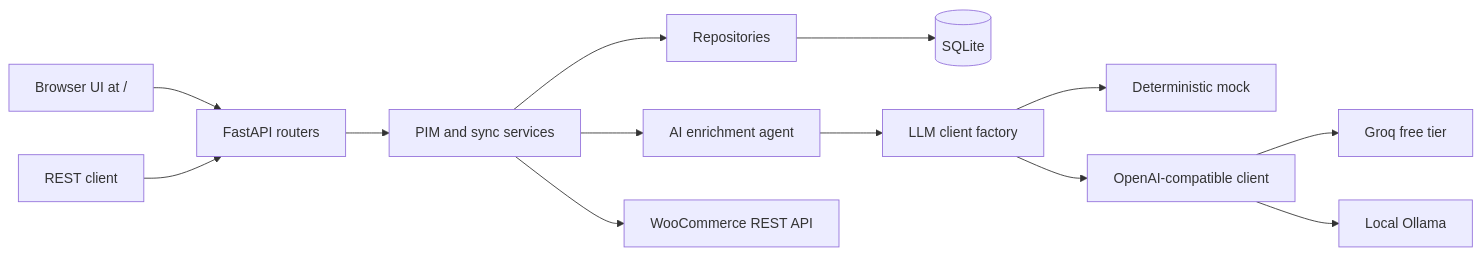
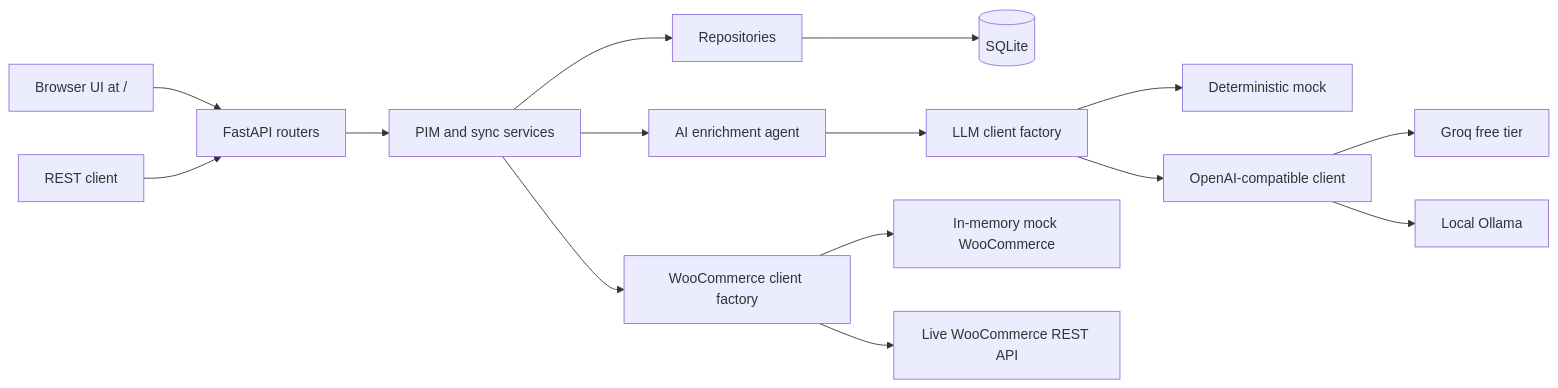
The first of 2 diagrams in README.md (ashwinjmonteiro/woo-pim-ai), drawn with Mermaid before and after one commit. The commit also changed other lines of this file and 14 other files, not shown here.

Commit message:
feat: built-in mock WooCommerce mode

````diff
--- a/README.md
+++ b/README.md
@@ -16,15 +16,17 @@
 ```mermaid
 flowchart LR
     Browser[Browser UI at /] --> API[FastAPI routers]
     Client[REST client] --> API
     API --> Service[PIM and sync services]
     Service --> Repo[Repositories]
     Repo --> DB[(SQLite)]
     Service --> Agent[AI enrichment agent]
     Agent --> Factory[LLM client factory]
     Factory --> Mock[Deterministic mock]
     Factory --> Compatible[OpenAI-compatible client]
     Compatible --> Groq[Groq free tier]
     Compatible --> Ollama[Local Ollama]
-    Service --> Woo[WooCommerce REST API]
+    Service --> WooFactory[WooCommerce client factory]
+    WooFactory --> FakeWoo[In-memory mock WooCommerce]
+    WooFactory --> Woo[Live WooCommerce REST API]
 ```
````
